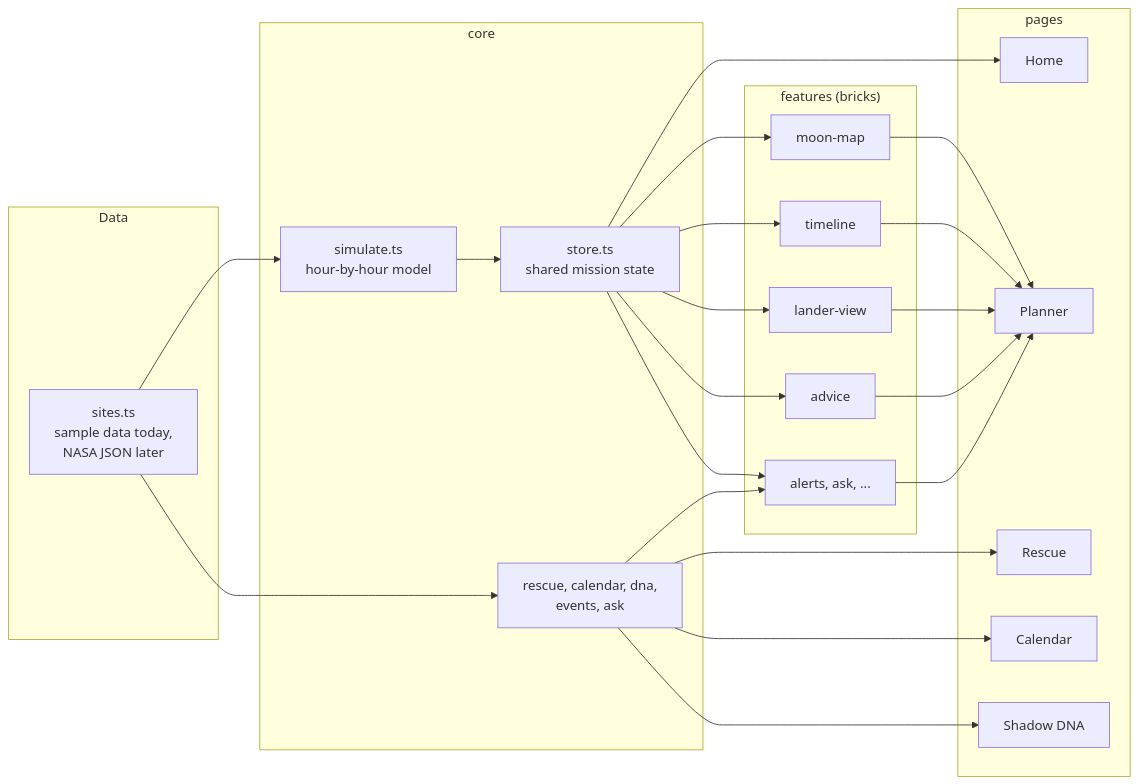
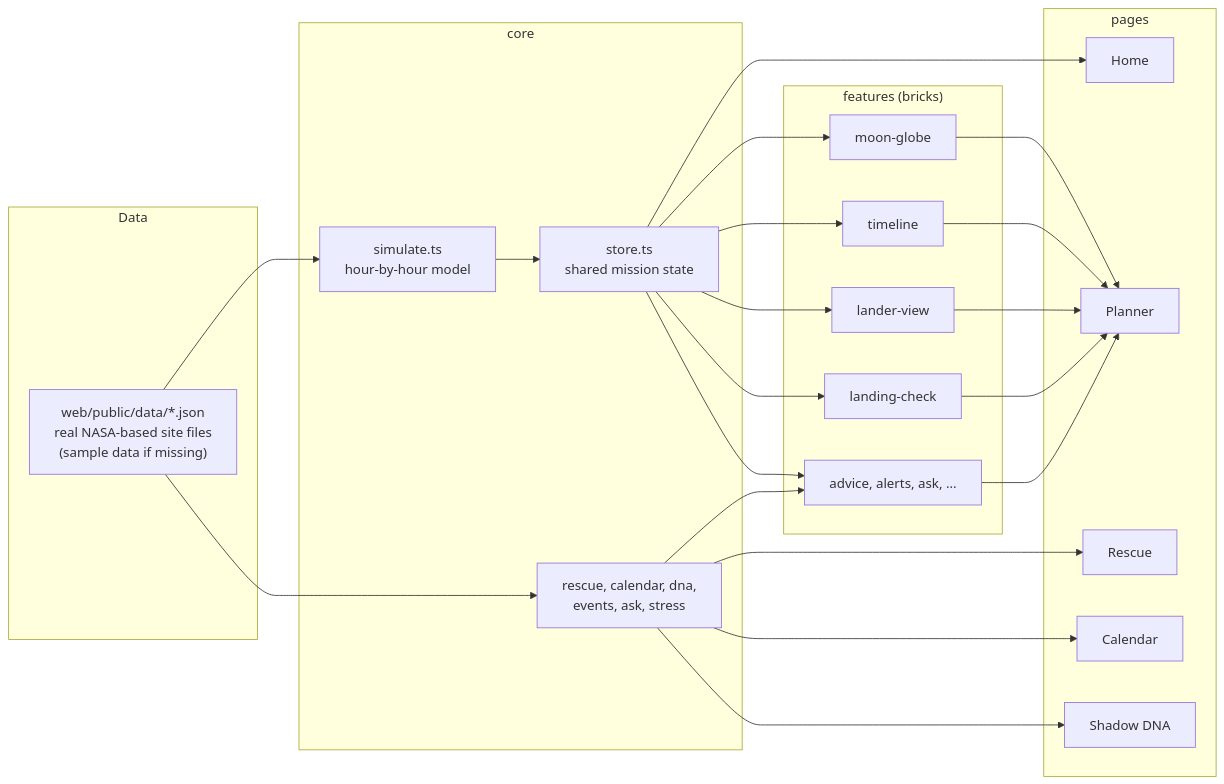
Before and after one commit to NoshinSyaraPromitee/Team_Merge_Conflict_Nasa_Space_App_Challenge: the diagram in README.md, drawn with Mermaid. The commit also changed other lines of this file, not shown here.

Commit message:
README: live link, real NASA data, new features, fixed quick start and team

````diff
--- a/README.md
+++ b/README.md
@@ -144,32 +163,32 @@
 ```mermaid
 flowchart LR
     subgraph data["Data"]
-        S["sites.ts<br/>sample data today,<br/>NASA JSON later"]
+        S["web/public/data/*.json<br/>real NASA-based site files<br/>(sample data if missing)"]
     end
     subgraph core["core"]
         SIM["simulate.ts<br/>hour-by-hour model"]
         ST["store.ts<br/>shared mission state"]
-        X["rescue, calendar, dna,<br/>events, ask"]
+        X["rescue, calendar, dna,<br/>events, ask, stress"]
     end
     subgraph bricks["features (bricks)"]
-        B1["moon-map"]
+        B1["moon-globe"]
         B2["timeline"]
         B3["lander-view"]
-        B4["advice"]
-        B5["alerts, ask, ..."]
+        B4["landing-check"]
+        B5["advice, alerts, ask, ..."]
     end
     subgraph pages["pages"]
         P1["Home"]
         P2["Planner"]
         P3["Rescue"]
         P4["Calendar"]
         P5["Shadow DNA"]
     end
     S --> SIM --> ST
     S --> X
     ST --> P1
     ST --> B1 & B2 & B3 & B4 & B5
     X --> B5
     B1 & B2 & B3 & B4 & B5 --> P2
     X --> P3 & P4 & P5
 ```
````
